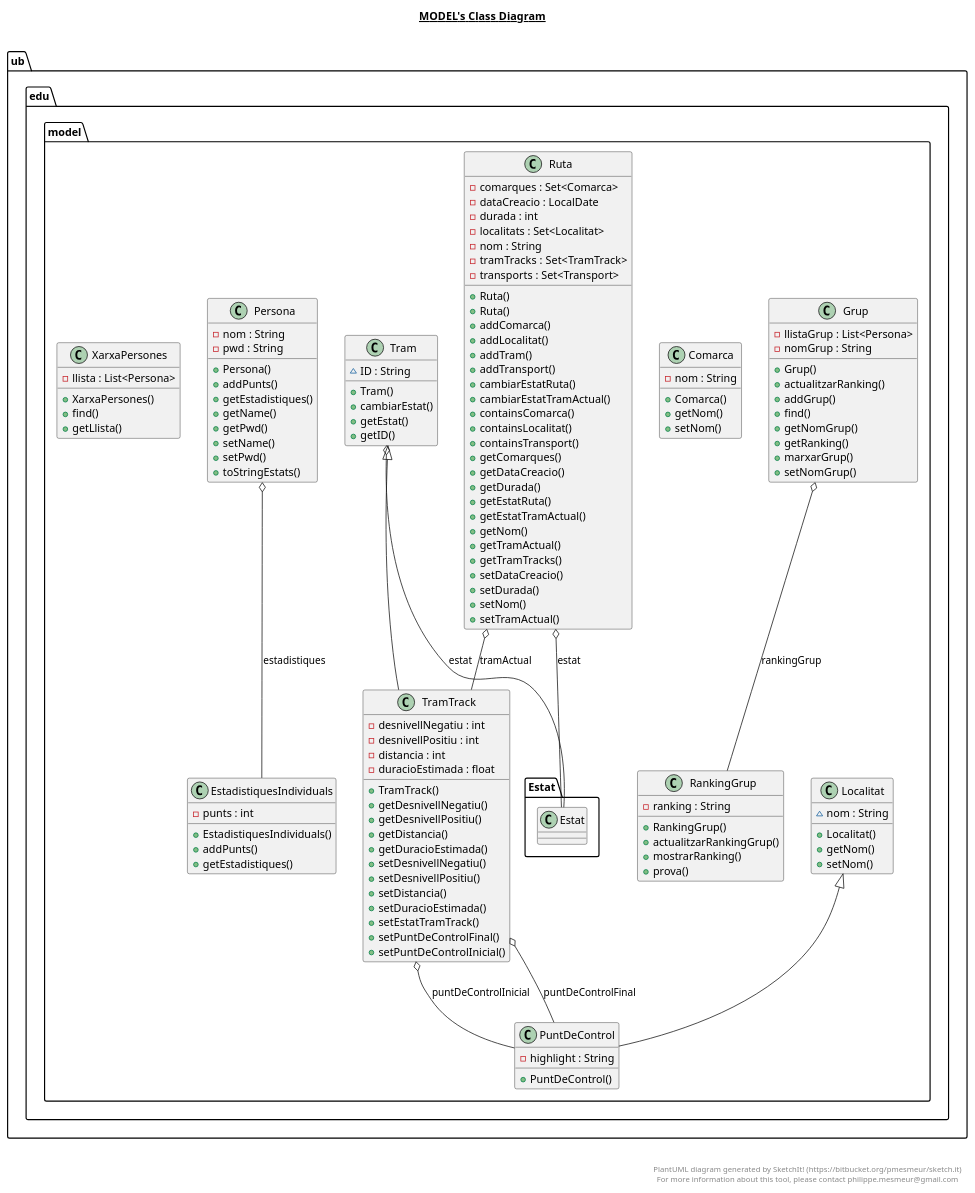
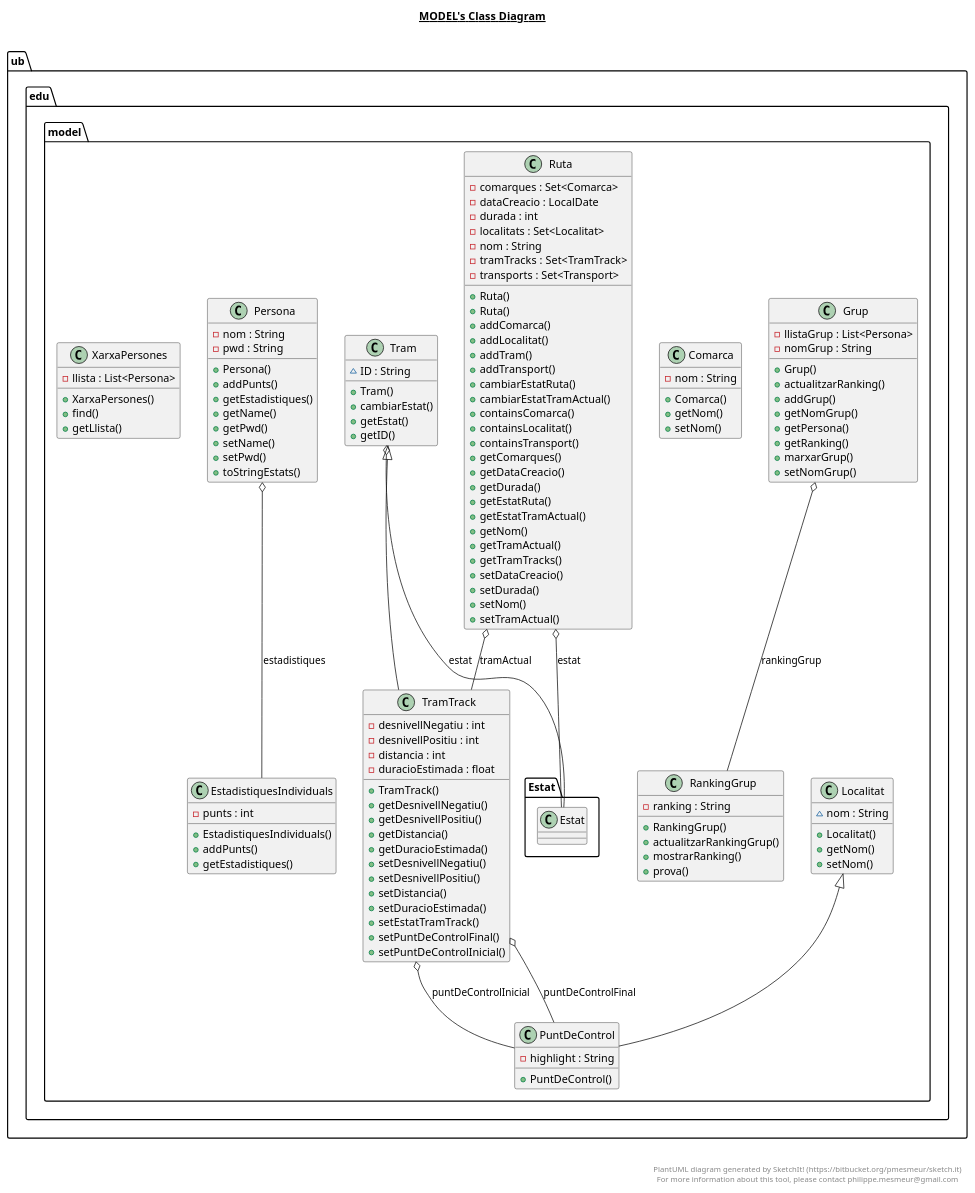
The diagram in src/ub/edu/model/model.plantuml (Samot2003/p3-tripu-dao-a12_reava), drawn with PlantUML before and after one commit. The commit also changed 3 other files, not shown here.

```diff
--- a/src/ub/edu/model/model.plantuml
+++ b/src/ub/edu/model/model.plantuml
@@ -1,183 +1,183 @@
 @startuml
 
 title __MODEL's Class Diagram__\n
 
   namespace ub.edu.model {
     class ub.edu.model.Comarca {
         - nom : String
         + Comarca()
         + getNom()
         + setNom()
     }
   }
   
 
   namespace ub.edu.model {
     class ub.edu.model.EstadistiquesIndividuals {
         - punts : int
         + EstadistiquesIndividuals()
         + addPunts()
         + getEstadistiques()
     }
   }
   
 
   namespace ub.edu.model {
     class ub.edu.model.Grup {
         - llistaGrup : List<Persona>
         - nomGrup : String
         + Grup()
         + actualitzarRanking()
         + addGrup()
-        + find()
         + getNomGrup()
+        + getPersona()
         + getRanking()
         + marxarGrup()
         + setNomGrup()
     }
   }
   
 
   namespace ub.edu.model {
     class ub.edu.model.Localitat {
         ~ nom : String
         + Localitat()
         + getNom()
         + setNom()
     }
   }
   
 
   namespace ub.edu.model {
     class ub.edu.model.Persona {
         - nom : String
         - pwd : String
         + Persona()
         + addPunts()
         + getEstadistiques()
         + getName()
         + getPwd()
         + setName()
         + setPwd()
         + toStringEstats()
     }
   }
   
 
   namespace ub.edu.model {
     class ub.edu.model.PuntDeControl {
         - highlight : String
         + PuntDeControl()
     }
   }
   
 
   namespace ub.edu.model {
     class ub.edu.model.RankingGrup {
         - ranking : String
         + RankingGrup()
         + actualitzarRankingGrup()
         + mostrarRanking()
         + prova()
     }
   }
   
 
   namespace ub.edu.model {
     class ub.edu.model.Ruta {
         - comarques : Set<Comarca>
         - dataCreacio : LocalDate
         - durada : int
         - localitats : Set<Localitat>
         - nom : String
         - tramTracks : Set<TramTrack>
         - transports : Set<Transport>
         + Ruta()
         + Ruta()
         + addComarca()
         + addLocalitat()
         + addTram()
         + addTransport()
         + cambiarEstatRuta()
         + cambiarEstatTramActual()
         + containsComarca()
         + containsLocalitat()
         + containsTransport()
         + getComarques()
         + getDataCreacio()
         + getDurada()
         + getEstatRuta()
         + getEstatTramActual()
         + getNom()
         + getTramActual()
         + getTramTracks()
         + setDataCreacio()
         + setDurada()
         + setNom()
         + setTramActual()
     }
   }
   
 
   namespace ub.edu.model {
     class ub.edu.model.Tram {
         ~ ID : String
         + Tram()
         + cambiarEstat()
         + getEstat()
         + getID()
     }
   }
   
 
   namespace ub.edu.model {
     class ub.edu.model.TramTrack {
         - desnivellNegatiu : int
         - desnivellPositiu : int
         - distancia : int
         - duracioEstimada : float
         + TramTrack()
         + getDesnivellNegatiu()
         + getDesnivellPositiu()
         + getDistancia()
         + getDuracioEstimada()
         + setDesnivellNegatiu()
         + setDesnivellPositiu()
         + setDistancia()
         + setDuracioEstimada()
         + setEstatTramTrack()
         + setPuntDeControlFinal()
         + setPuntDeControlInicial()
     }
   }
   
 
   namespace ub.edu.model {
     class ub.edu.model.XarxaPersones {
         - llista : List<Persona>
         + XarxaPersones()
         + find()
         + getLlista()
     }
   }
   
 
   ub.edu.model.Grup o-- ub.edu.model.RankingGrup : rankingGrup
   ub.edu.model.Persona o-- ub.edu.model.EstadistiquesIndividuals : estadistiques
   ub.edu.model.PuntDeControl -up-|> ub.edu.model.Localitat
   ub.edu.model.Ruta o-- ub.edu.model.Estat.Estat : estat
   ub.edu.model.Ruta o-- ub.edu.model.TramTrack : tramActual
   ub.edu.model.Tram o-- ub.edu.model.Estat.Estat : estat
   ub.edu.model.TramTrack -up-|> ub.edu.model.Tram
   ub.edu.model.TramTrack o-- ub.edu.model.PuntDeControl : puntDeControlFinal
   ub.edu.model.TramTrack o-- ub.edu.model.PuntDeControl : puntDeControlInicial
 
 
 right footer
 
 
 PlantUML diagram generated by SketchIt! (https://bitbucket.org/pmesmeur/sketch.it)
 For more information about this tool, please contact philippe.mesmeur@gmail.com
 endfooter
 
 @enduml
```
